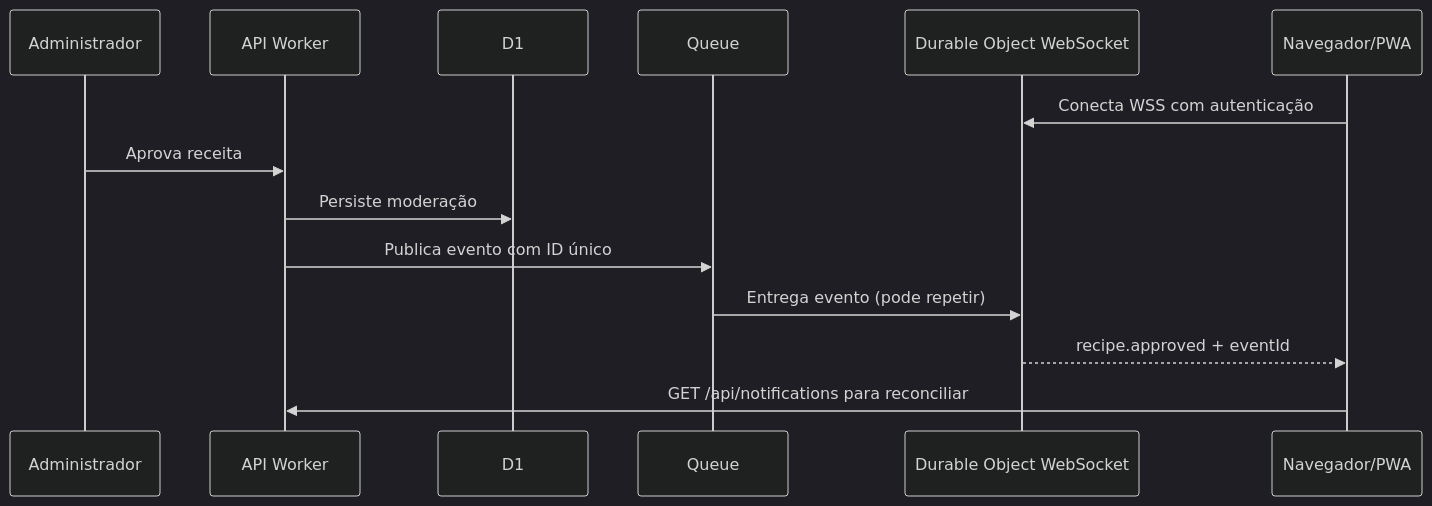
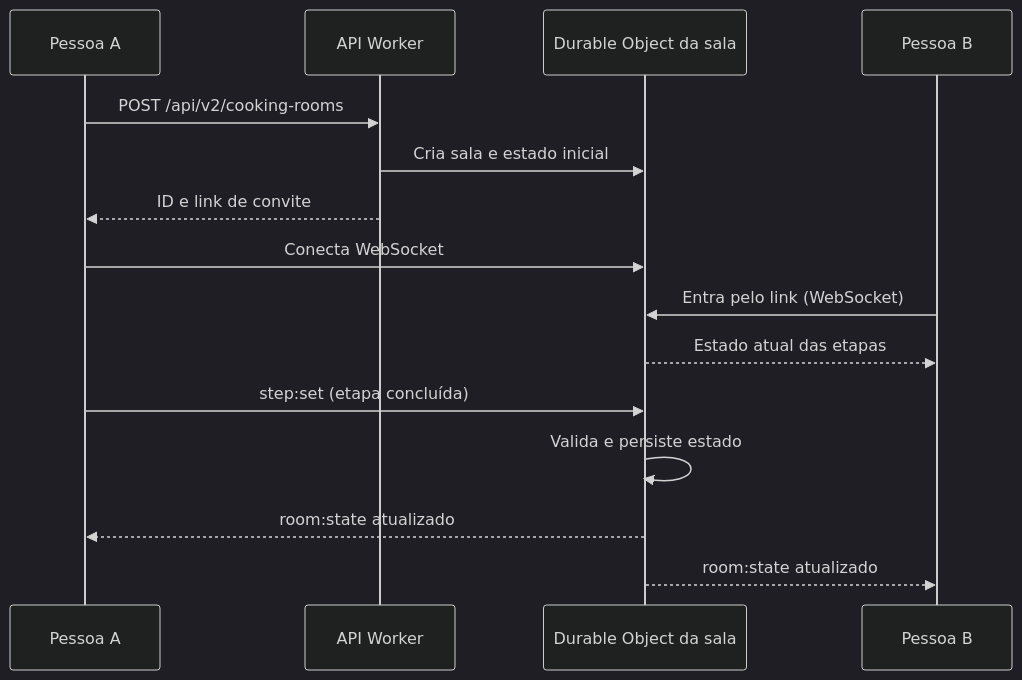
One commit to pitado/receitando changed the third of 3 diagrams in docs/system-design-fase4.md. Above: the diagram before and after it, drawn with Mermaid (dark theme). The commit also changed other lines of this file, not shown here.

Commit message:
docs: alinha system design ao WebSocket Receitando Juntos e ao teste acadêmico

````diff
--- a/docs/system-design-fase4.md
+++ b/docs/system-design-fase4.md
@@ -88,16 +88,17 @@
 ```mermaid
 sequenceDiagram
-    participant ADM as Administrador
+    participant A as Pessoa A
     participant API as API Worker
-    participant DB as D1
-    participant Q as Queue
-    participant WS as Durable Object WebSocket
-    participant USER as Navegador/PWA
-    USER->>WS: Conecta WSS com autenticação
-    ADM->>API: Aprova receita
-    API->>DB: Persiste moderação
-    API->>Q: Publica evento com ID único
-    Q->>WS: Entrega evento (pode repetir)
-    WS-->>USER: recipe.approved + eventId
-    USER->>API: GET /api/notifications para reconciliar
+    participant DO as Durable Object da sala
+    participant B as Pessoa B
+    A->>API: POST /api/v2/cooking-rooms
+    API->>DO: Cria sala e estado inicial
+    API-->>A: ID e link de convite
+    A->>DO: Conecta WebSocket
+    B->>DO: Entra pelo link (WebSocket)
+    DO-->>B: Estado atual das etapas
+    A->>DO: step:set (etapa concluída)
+    DO->>DO: Valida e persiste estado
+    DO-->>A: room:state atualizado
+    DO-->>B: room:state atualizado
 ```
````
